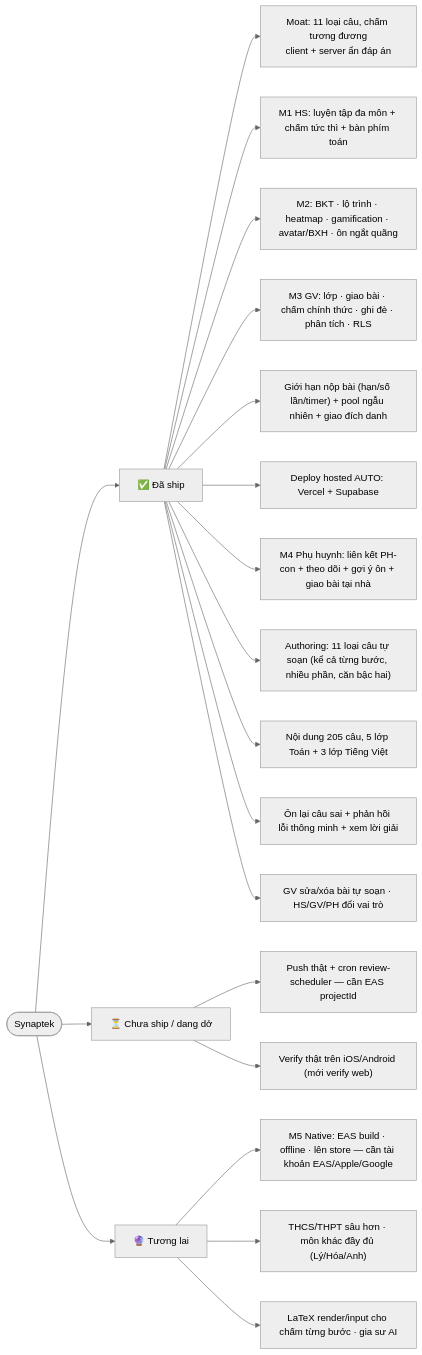
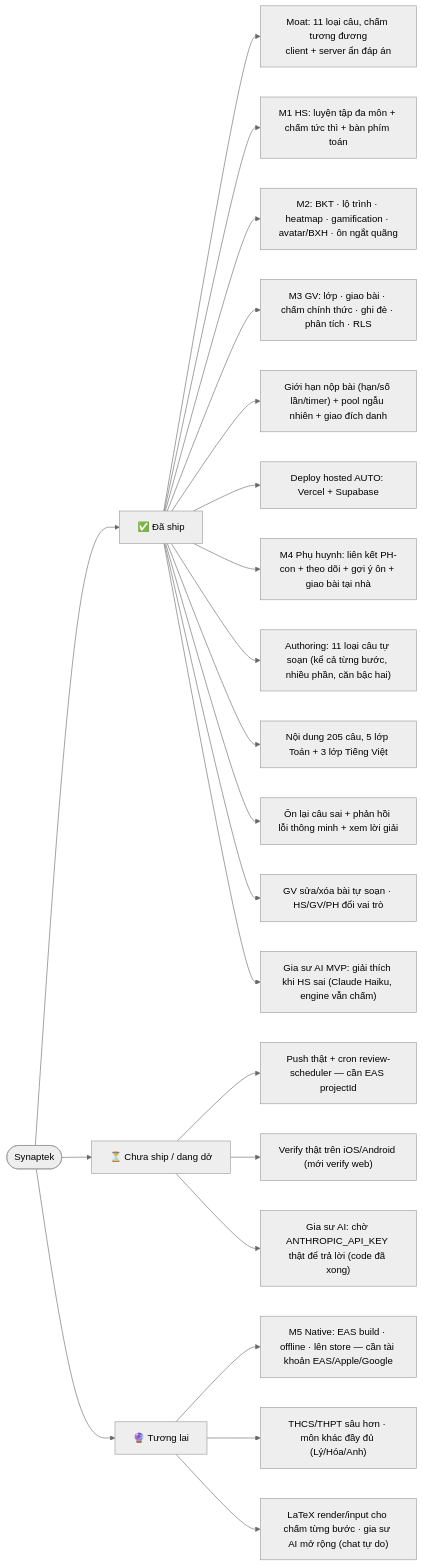
The second of 2 diagrams in docs/FEATURE-MAP.md (hoanghainh1188/synaptek), drawn with Mermaid (neutral theme) before and after one commit. The commit also changed other lines of this file and 13 other files, not shown here.

First line of the commit message:
feat(ai): gia sư AI MVP — giải thích khi HS trả lời sai (D46) (#74)

````diff
--- a/docs/FEATURE-MAP.md
+++ b/docs/FEATURE-MAP.md
@@ -53,26 +56,28 @@
 ```mermaid
 flowchart LR
   S([Synaptek])
   S --> SHIPPED["✅ Đã ship"]
   S --> WIP["⏳ Chưa ship / dang dở"]
   S --> FUTURE["🔮 Tương lai"]
 
   SHIPPED --> A1["Moat: 11 loại câu, chấm tương đương<br/>client + server ẩn đáp án"]
   SHIPPED --> A2["M1 HS: luyện tập đa môn + chấm tức thì + bàn phím toán"]
   SHIPPED --> A3["M2: BKT · lộ trình · heatmap · gamification · avatar/BXH · ôn ngắt quãng"]
   SHIPPED --> A4["M3 GV: lớp · giao bài · chấm chính thức · ghi đè · phân tích · RLS"]
   SHIPPED --> A5["Giới hạn nộp bài (hạn/số lần/timer) + pool ngẫu nhiên + giao đích danh"]
   SHIPPED --> A6["Deploy hosted AUTO: Vercel + Supabase"]
   SHIPPED --> A7["M4 Phụ huynh: liên kết PH-con + theo dõi + gợi ý ôn + giao bài tại nhà"]
   SHIPPED --> A8["Authoring: 11 loại câu tự soạn (kể cả từng bước, nhiều phần, căn bậc hai)"]
   SHIPPED --> A9["Nội dung 205 câu, 5 lớp Toán + 3 lớp Tiếng Việt"]
   SHIPPED --> A10["Ôn lại câu sai + phản hồi lỗi thông minh + xem lời giải"]
   SHIPPED --> A11["GV sửa/xóa bài tự soạn · HS/GV/PH đổi vai trò"]
+  SHIPPED --> A12["Gia sư AI MVP: giải thích khi HS sai (Claude Haiku, engine vẫn chấm)"]
 
   WIP --> B1["Push thật + cron review-scheduler — cần EAS projectId"]
   WIP --> B2["Verify thật trên iOS/Android (mới verify web)"]
+  WIP --> B3["Gia sư AI: chờ ANTHROPIC_API_KEY thật để trả lời (code đã xong)"]
 
   FUTURE --> C1["M5 Native: EAS build · offline · lên store — cần tài khoản EAS/Apple/Google"]
   FUTURE --> C2["THCS/THPT sâu hơn · môn khác đầy đủ (Lý/Hóa/Anh)"]
-  FUTURE --> C3["LaTeX render/input cho chấm từng bước · gia sư AI"]
+  FUTURE --> C3["LaTeX render/input cho chấm từng bước · gia sư AI mở rộng (chat tự do)"]
 ```
````
